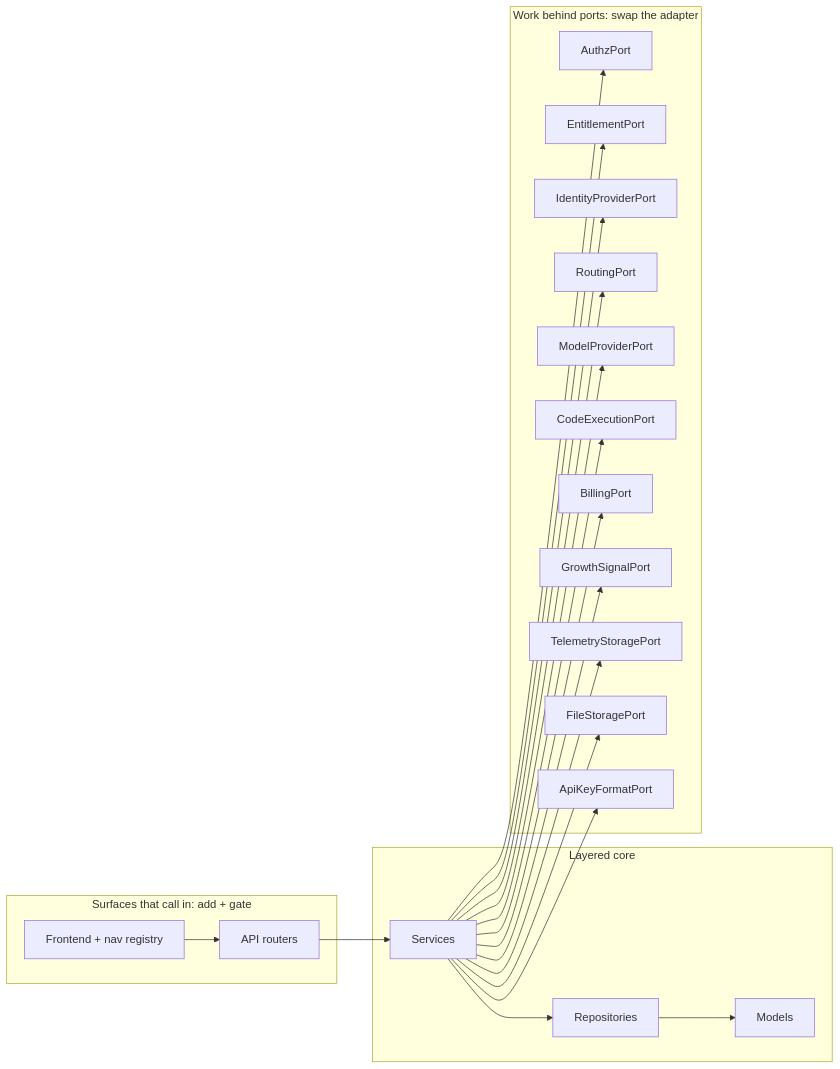
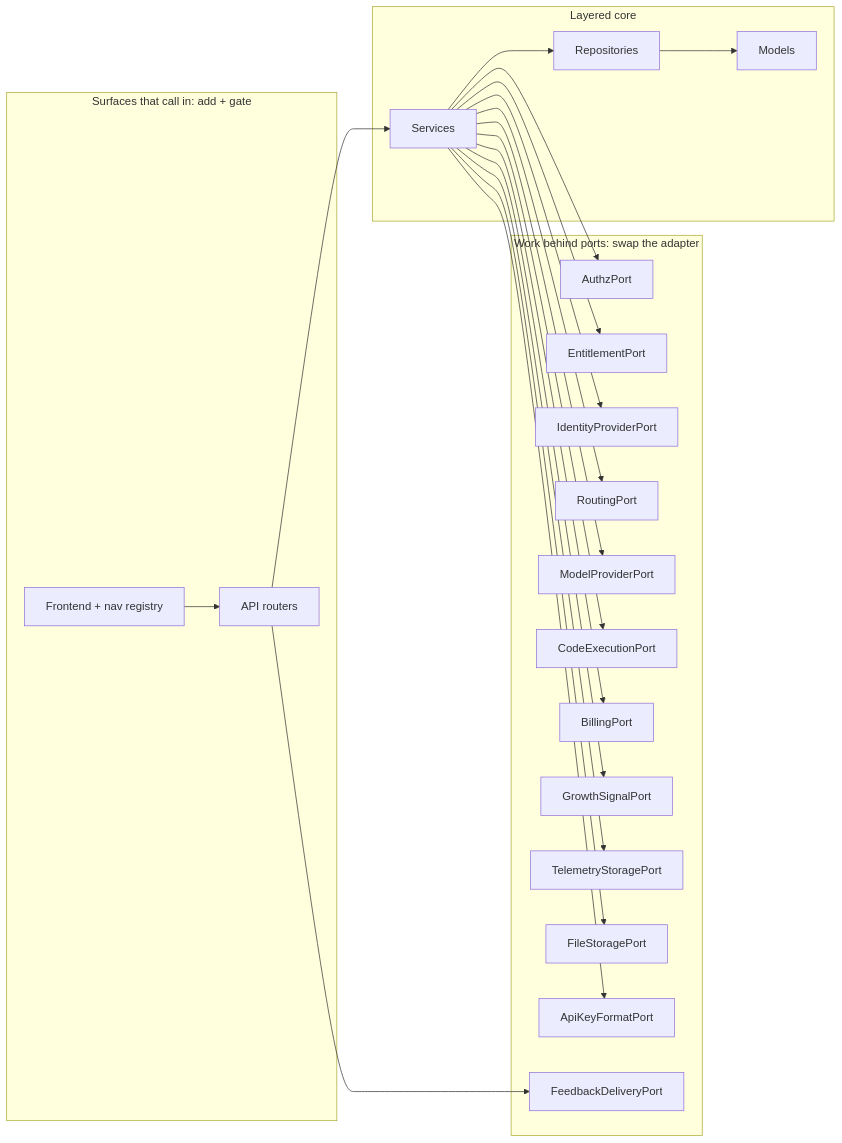
The second of 2 diagrams in ARCHITECTURE.md (mozilla-ai/otari), drawn with Mermaid before and after one commit. The commit also changed other lines of this file and 10 other files, not shown here.

First line of the commit message:
feat(gateway): deliver feedback through a port and name the sending build

````diff
--- a/ARCHITECTURE.md
+++ b/ARCHITECTURE.md
@@ -92,37 +93,39 @@
 ```mermaid
 flowchart LR
     subgraph driving["Surfaces that call in: add + gate"]
         UI["Frontend + nav registry"]
         API["API routers"]
     end
     subgraph core["Layered core"]
         SVC[Services]
         REPO[Repositories]
         MOD[Models]
     end
     subgraph driven["Work behind ports: swap the adapter"]
         AP[AuthzPort]
         EP[EntitlementPort]
         IP[IdentityProviderPort]
         RP[RoutingPort]
         MP[ModelProviderPort]
         CP[CodeExecutionPort]
         BP[BillingPort]
         GP[GrowthSignalPort]
         TP[TelemetryStoragePort]
         FP[FileStoragePort]
         KP[ApiKeyFormatPort]
+        DP[FeedbackDeliveryPort]
     end
     UI --> API --> SVC --> REPO --> MOD
     SVC --> AP
     SVC --> EP
     SVC --> IP
     SVC --> RP
     SVC --> MP
     SVC --> CP
     SVC --> BP
     SVC --> GP
     SVC --> TP
     SVC --> FP
     SVC --> KP
+    API --> DP
 ```
````
